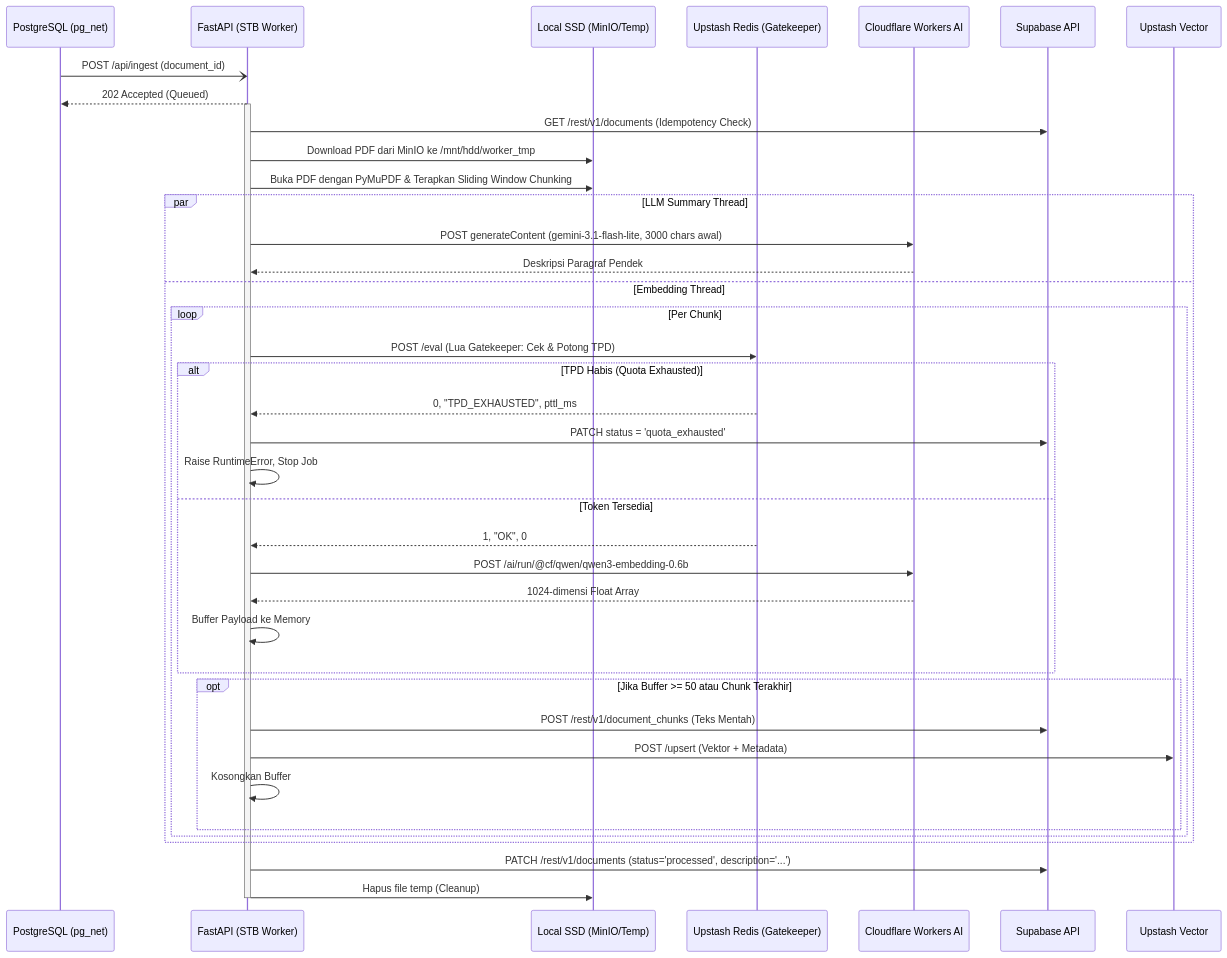
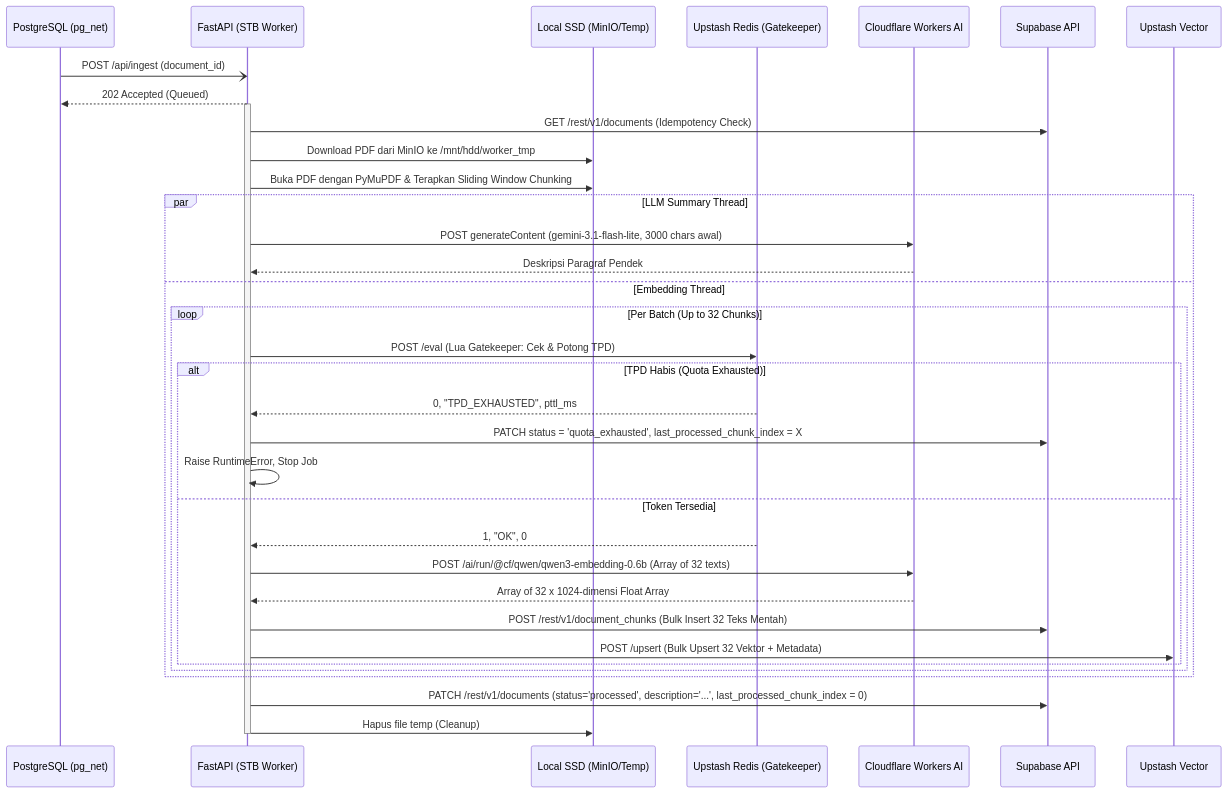
One commit to kanzhamada/Dokyudo changed the diagram in docs/backend/stb-extraction-worker.md. Above: the diagram before and after it, drawn with Mermaid. The commit also changed other lines of this file and 13 other files, not shown here.

First line of the commit message:
Implement batch operations for document uploads and deletions

````diff
--- a/docs/backend/stb-extraction-worker.md
+++ b/docs/backend/stb-extraction-worker.md
@@ -14,47 +14,42 @@
 ```mermaid
 sequenceDiagram
     participant Supabase as PostgreSQL (pg_net)
     participant API as FastAPI (STB Worker)
     participant Disk as Local SSD (MinIO/Temp)
     participant Redis as Upstash Redis (Gatekeeper)
     participant CF as Cloudflare Workers AI
     participant PostgREST as Supabase API
     participant VectorDB as Upstash Vector
 
     Supabase-)API: POST /api/ingest (document_id)
     API-->>Supabase: 202 Accepted (Queued)
     
     activate API
     API->>PostgREST: GET /rest/v1/documents (Idempotency Check)
     API->>Disk: Download PDF dari MinIO ke /mnt/hdd/worker_tmp
     API->>Disk: Buka PDF dengan PyMuPDF & Terapkan Sliding Window Chunking
     
     par LLM Summary Thread
         API->>CF: POST generateContent (gemini-3.1-flash-lite, 3000 chars awal)
         CF-->>API: Deskripsi Paragraf Pendek
     and Embedding Thread
-        loop Per Chunk
+        loop Per Batch (Up to 32 Chunks)
             API->>Redis: POST /eval (Lua Gatekeeper: Cek & Potong TPD)
             alt TPD Habis (Quota Exhausted)
                 Redis-->>API: 0, "TPD_EXHAUSTED", pttl_ms
-                API->>PostgREST: PATCH status = 'quota_exhausted'
+                API->>PostgREST: PATCH status = 'quota_exhausted', last_processed_chunk_index = X
                 API->>API: Raise RuntimeError, Stop Job
             else Token Tersedia
                 Redis-->>API: 1, "OK", 0
-                API->>CF: POST /ai/run/@cf/qwen/qwen3-embedding-0.6b
-                CF-->>API: 1024-dimensi Float Array
-                API->>API: Buffer Payload ke Memory
-            end
-            
-            opt Jika Buffer >= 50 atau Chunk Terakhir
-                API->>PostgREST: POST /rest/v1/document_chunks (Teks Mentah)
-                API->>VectorDB: POST /upsert (Vektor + Metadata)
-                API->>API: Kosongkan Buffer
+                API->>CF: POST /ai/run/@cf/qwen/qwen3-embedding-0.6b (Array of 32 texts)
+                CF-->>API: Array of 32 x 1024-dimensi Float Array
+                API->>PostgREST: POST /rest/v1/document_chunks (Bulk Insert 32 Teks Mentah)
+                API->>VectorDB: POST /upsert (Bulk Upsert 32 Vektor + Metadata)
             end
         end
     end
     
-    API->>PostgREST: PATCH /rest/v1/documents (status='processed', description='...')
+    API->>PostgREST: PATCH /rest/v1/documents (status='processed', description='...', last_processed_chunk_index = 0)
     API->>Disk: Hapus file temp (Cleanup)
     deactivate API
 ```
````
